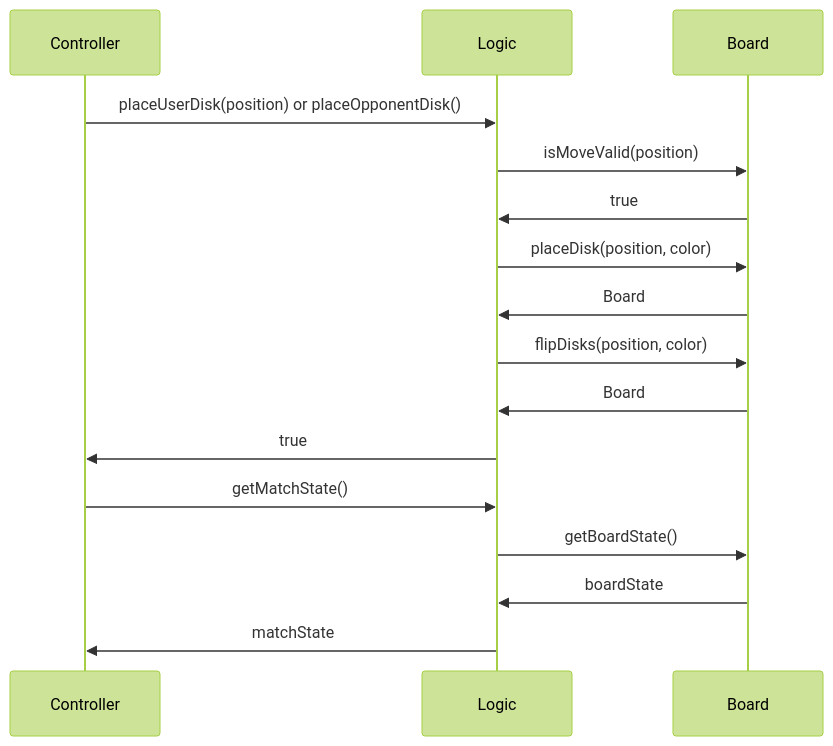
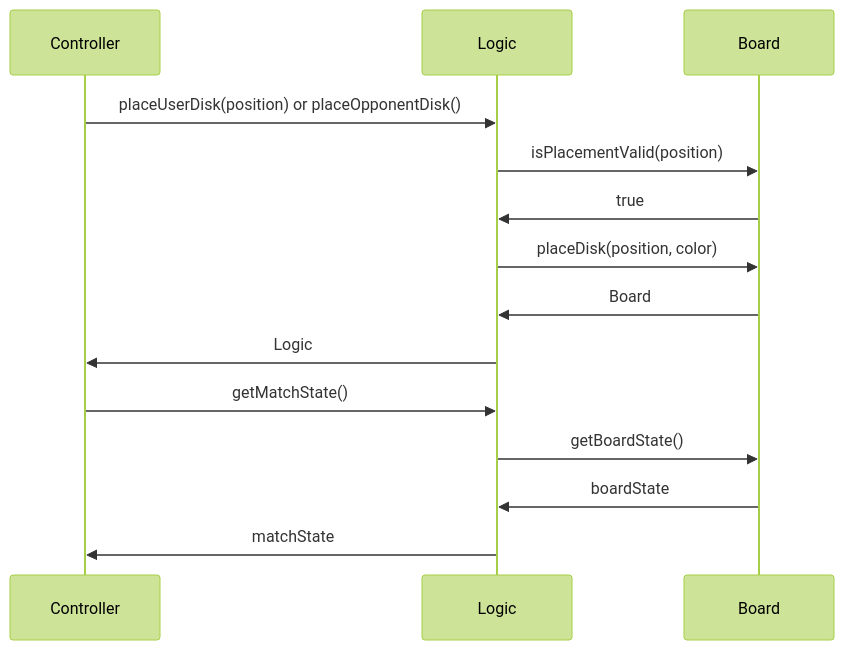
One commit to Borgotto/PPS-25-scalatello changed diagram 11 of 11 in docs/report/4-detailed-design.md. Above: the diagram before and after it, drawn with Mermaid (forest theme). The commit also changed other lines of this file, not shown here.

Commit message:
Update diagram

````diff
--- a/docs/report/4-detailed-design.md
+++ b/docs/report/4-detailed-design.md
@@ -277,15 +277,13 @@
 ```mermaid
 sequenceDiagram
   Controller ->> Logic: placeUserDisk(position) or placeOpponentDisk()
-  Logic ->> Board: isMoveValid(position)
+  Logic ->> Board: isPlacementValid(position)
   Board ->> Logic: true
   Logic ->> Board: placeDisk(position, color)
   Board ->> Logic: Board
-  Logic ->> Board: flipDisks(position, color)
-  Board ->> Logic: Board
-  Logic ->> Controller: true
+  Logic ->> Controller: Logic
   Controller ->> Logic: getMatchState()
   Logic ->> Board: getBoardState()
   Board ->> Logic: boardState
   Logic ->> Controller: matchState
 ```
````
